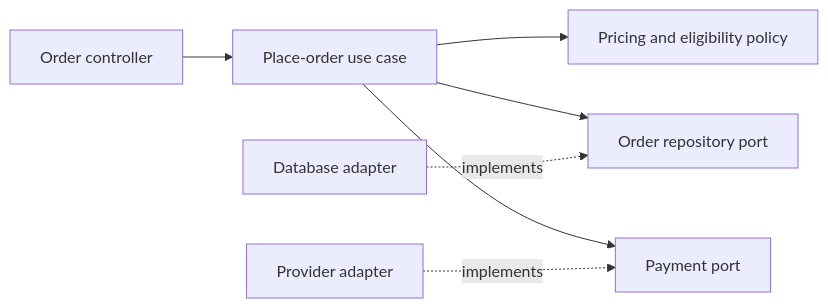
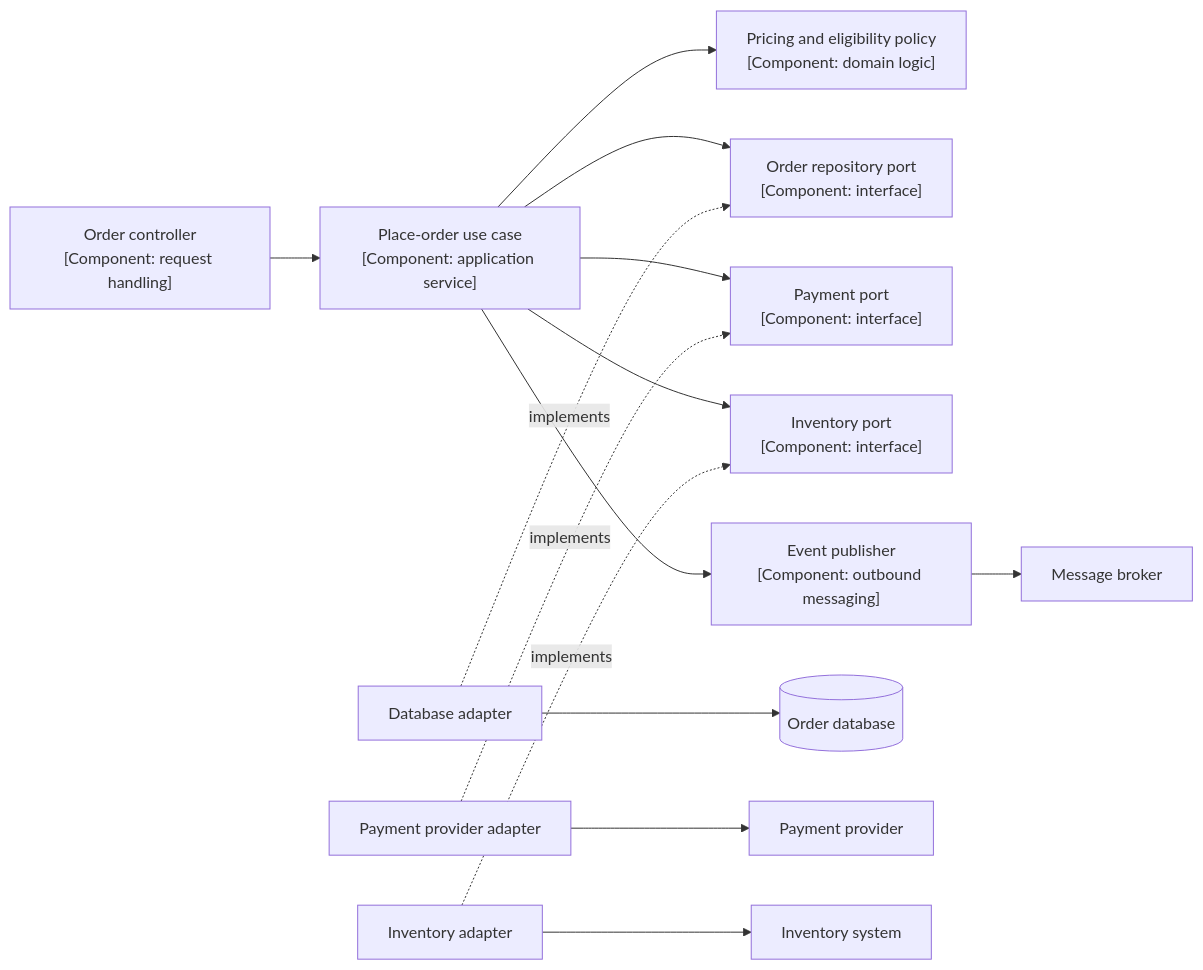
Before and after one commit to joydasss/Architect: the seventh of 12 diagrams in 21_Architecture_Documentation/CH01_C4_Model.md, drawn with Mermaid. The commit also changed other lines of this file and 22 other files, not shown here.

Commit message:
Architecture changes

````diff
--- a/21_Architecture_Documentation/CH01_C4_Model.md
+++ b/21_Architecture_Documentation/CH01_C4_Model.md
@@ -65,9 +296,16 @@
 ```mermaid
 flowchart LR
-    Controller[Order controller] --> UseCase[Place-order use case]
-    UseCase --> Policy[Pricing and eligibility policy]
-    UseCase --> Repository[Order repository port]
-    UseCase --> PaymentPort[Payment port]
-    RepositoryAdapter[Database adapter] -. implements .-> Repository
-    PaymentAdapter[Provider adapter] -. implements .-> PaymentPort
+    Controller["Order controller<br/>[Component: request handling]"] --> UseCase["Place-order use case<br/>[Component: application service]"]
+    UseCase --> Policy["Pricing and eligibility policy<br/>[Component: domain logic]"]
+    UseCase --> RepoPort["Order repository port<br/>[Component: interface]"]
+    UseCase --> PayPort["Payment port<br/>[Component: interface]"]
+    UseCase --> InvPort["Inventory port<br/>[Component: interface]"]
+    UseCase --> EventOut["Event publisher<br/>[Component: outbound messaging]"]
+    DbAdapter["Database adapter"] -.->|"implements"| RepoPort
+    PayAdapter["Payment provider adapter"] -.->|"implements"| PayPort
+    InvAdapter["Inventory adapter"] -.->|"implements"| InvPort
+    DbAdapter --> Orders[("Order database")]
+    PayAdapter --> Payment["Payment provider"]
+    InvAdapter --> Inventory["Inventory system"]
+    EventOut --> Broker["Message broker"]
 ```
````
